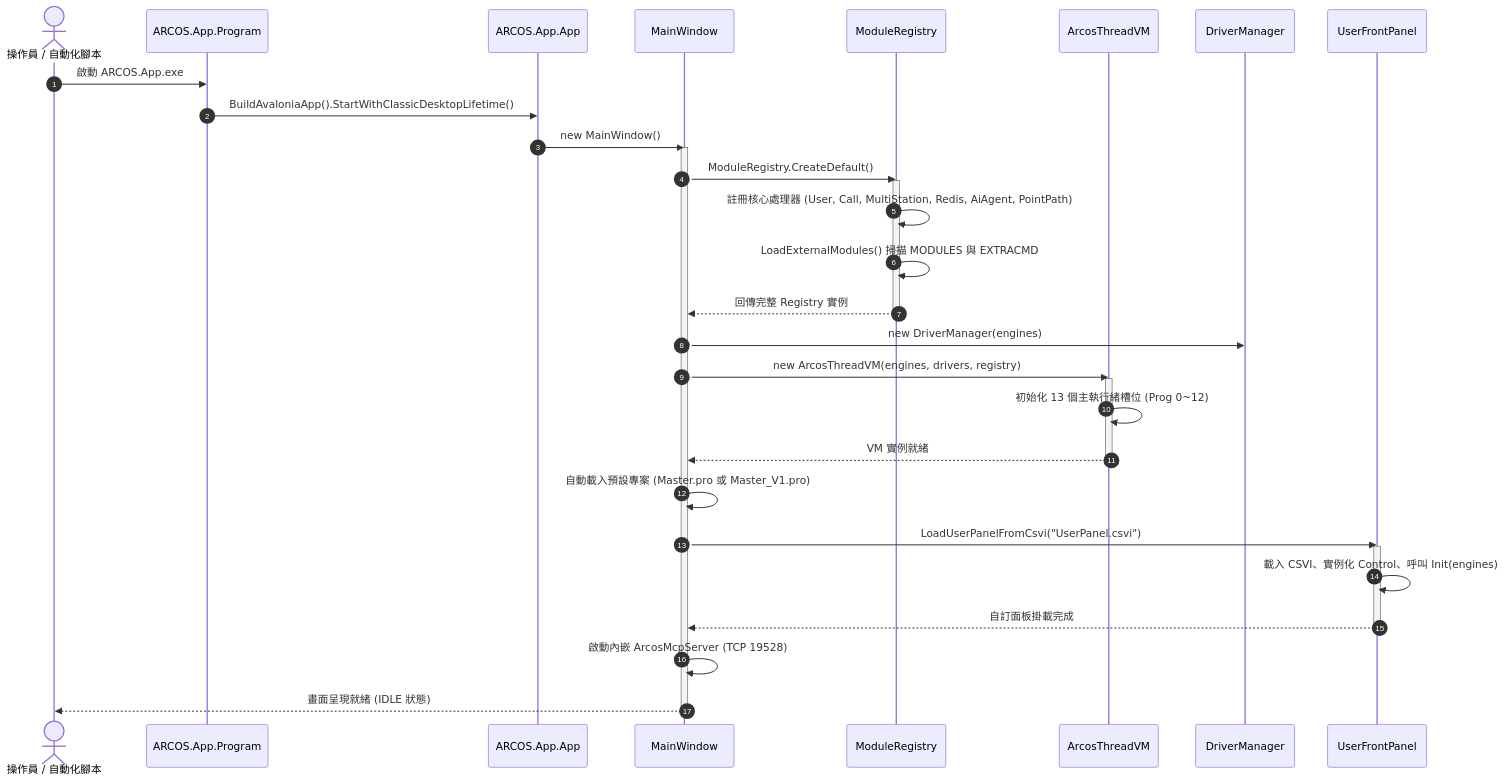
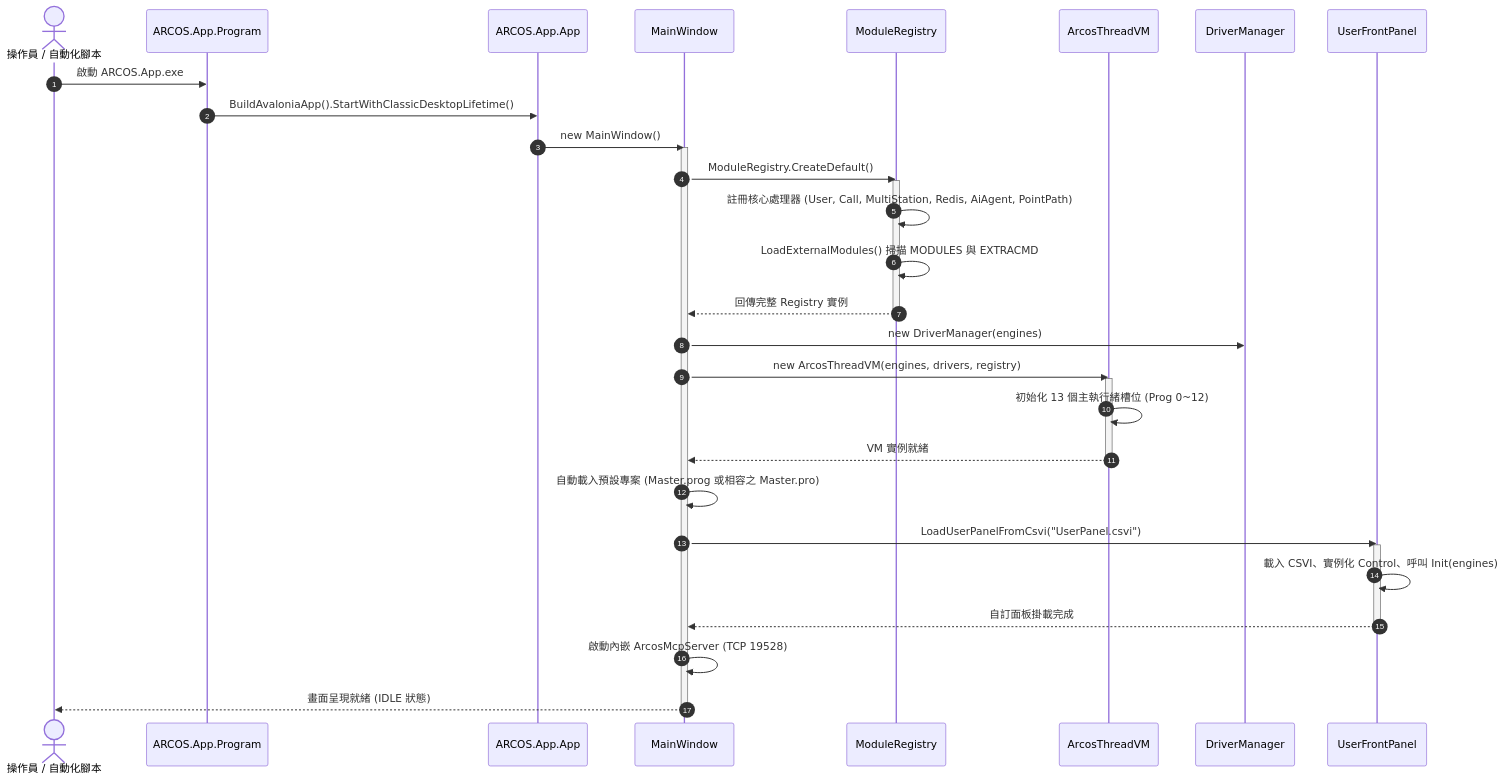
Before and after one commit to arco651749/ARCOSharp: the second of 4 diagrams in docs/dev-guide/01_ARCHITECTURE_OVERVIEW.md, drawn with Mermaid. The commit also changed other lines of this file and 4 other files, not shown here.

````diff
--- a/docs/dev-guide/01_ARCHITECTURE_OVERVIEW.md
+++ b/docs/dev-guide/01_ARCHITECTURE_OVERVIEW.md
@@ -89,42 +89,42 @@
 ```mermaid
 sequenceDiagram
     autonumber
     actor User as 操作員 / 自動化腳本
     participant Program as ARCOS.App.Program
     participant App as ARCOS.App.App
     participant MainWin as MainWindow
     participant Reg as ModuleRegistry
     participant VM as ArcosThreadVM
     participant Drv as DriverManager
     participant Panel as UserFrontPanel
 
     User->>Program: 啟動 ARCOS.App.exe
     Program->>App: BuildAvaloniaApp().StartWithClassicDesktopLifetime()
     App->>MainWin: new MainWindow()
     activate MainWin
     
     MainWin->>Reg: ModuleRegistry.CreateDefault()
     activate Reg
     Reg->>Reg: 註冊核心處理器 (User, Call, MultiStation, Redis, AiAgent, PointPath)
     Reg->>Reg: LoadExternalModules() 掃描 MODULES 與 EXTRACMD
     Reg-->>MainWin: 回傳完整 Registry 實例
     deactivate Reg
 
     MainWin->>Drv: new DriverManager(engines)
     MainWin->>VM: new ArcosThreadVM(engines, drivers, registry)
     activate VM
     VM->>VM: 初始化 13 個主執行緒槽位 (Prog 0~12)
     VM-->>MainWin: VM 實例就緒
     deactivate VM
 
-    MainWin->>MainWin: 自動載入預設專案 (Master.pro 或 Master_V1.pro)
+    MainWin->>MainWin: 自動載入預設專案 (Master.prog 或相容之 Master.pro)
     MainWin->>Panel: LoadUserPanelFromCsvi("UserPanel.csvi")
     activate Panel
     Panel->>Panel: 載入 CSVI、實例化 Control、呼叫 Init(engines)
     Panel-->>MainWin: 自訂面板掛載完成
     deactivate Panel
 
     MainWin->>MainWin: 啟動內嵌 ArcosMcpServer (TCP 19528)
     MainWin-->>User: 畫面呈現就緒 (IDLE 狀態)
     deactivate MainWin
 ```
````
